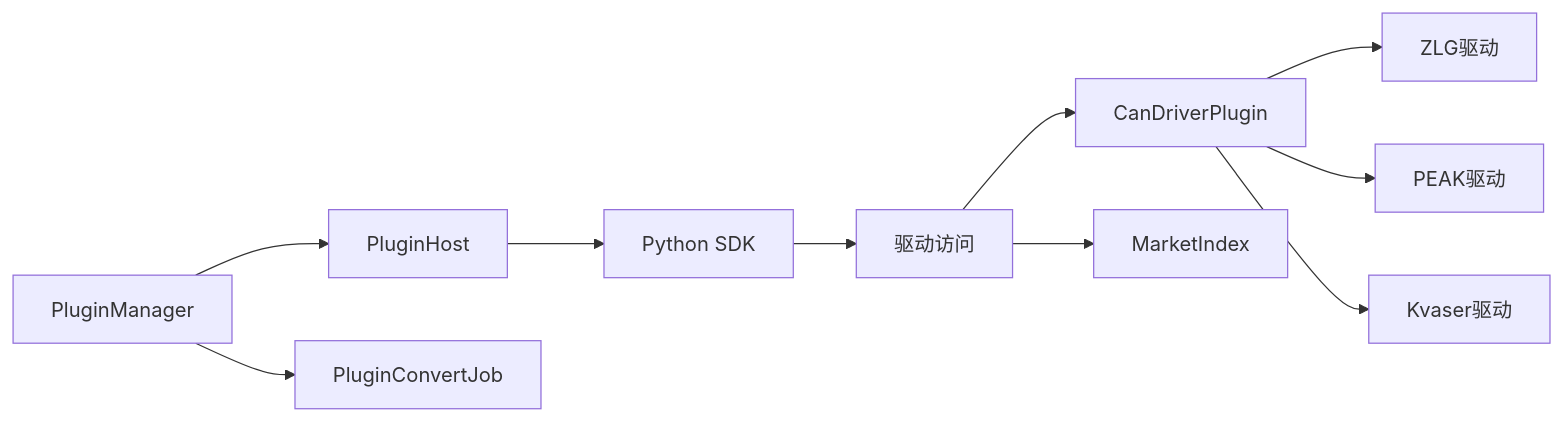
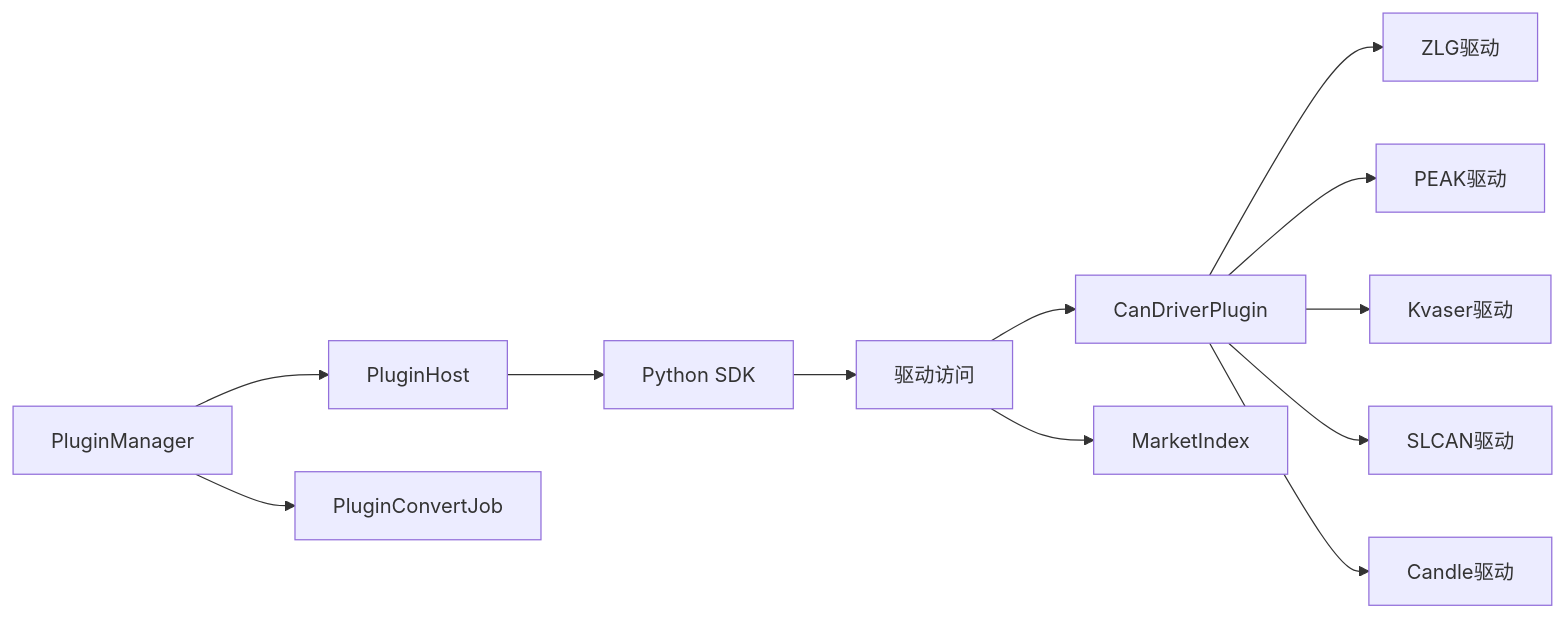
The third of 3 diagrams in .qoder/repowiki/zh/content/架构设计/插件系统架构/插件系统架构.md (jakecai1225-design/OpenBus), drawn with Mermaid before and after one commit. The commit also changed other lines of this file and 95 other files, not shown here.

Commit message:
图标

````diff
--- a/.qoder/repowiki/zh/content/架构设计/插件系统架构/插件系统架构.md
+++ b/.qoder/repowiki/zh/content/架构设计/插件系统架构/插件系统架构.md
@@ -218,12 +256,14 @@
 ```mermaid
 graph LR
 PM["PluginManager"] --> PH["PluginHost"]
 PM --> PCJ["PluginConvertJob"]
 DR["DriverRegistry"] --> CDP["CanDriverPlugin"]
 DR --> MI["MarketIndex"]
 CDP --> ZLG["ZLG驱动"]
 CDP --> PEAK["PEAK驱动"]
 CDP --> KVASER["Kvaser驱动"]
+CDP --> SLCAN["SLCAN驱动"]
+CDP --> CANDLE["Candle驱动"]
 PH --> SDK["Python SDK"]
 SDK --> DR["驱动访问"]
 ```
````
